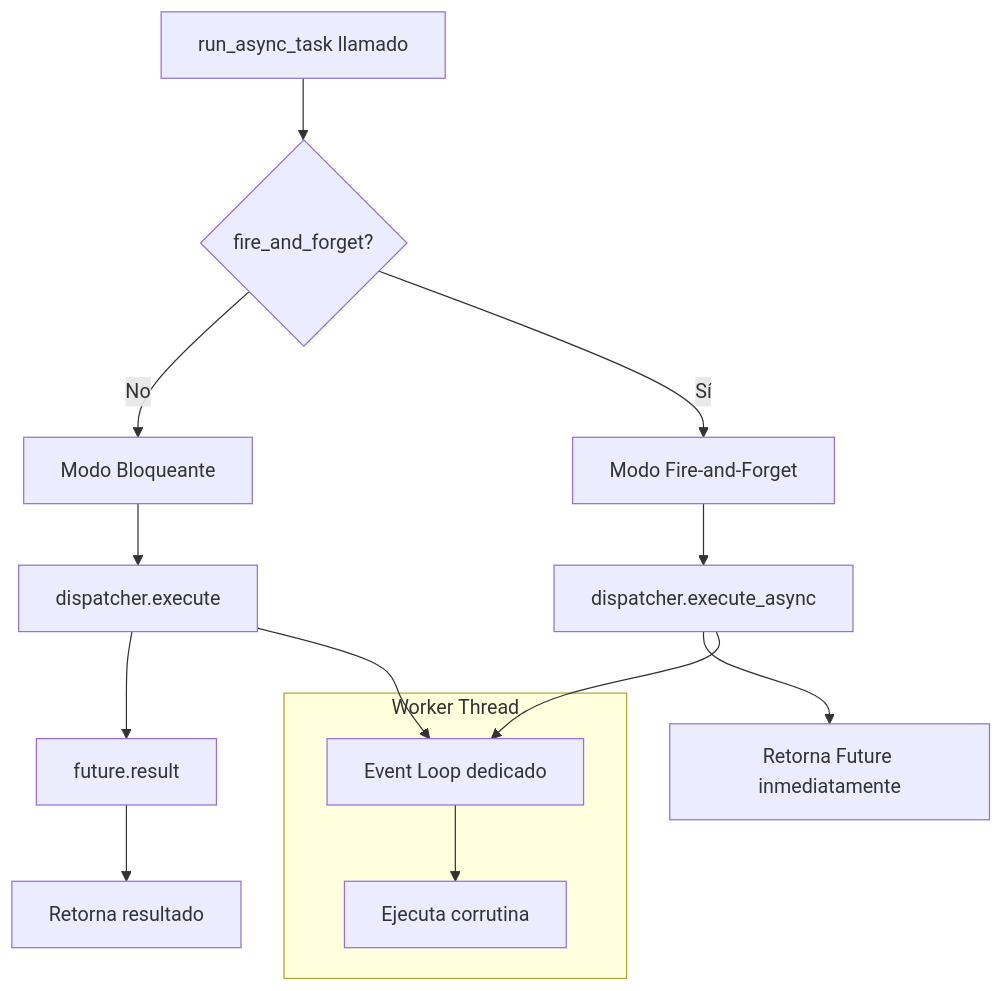
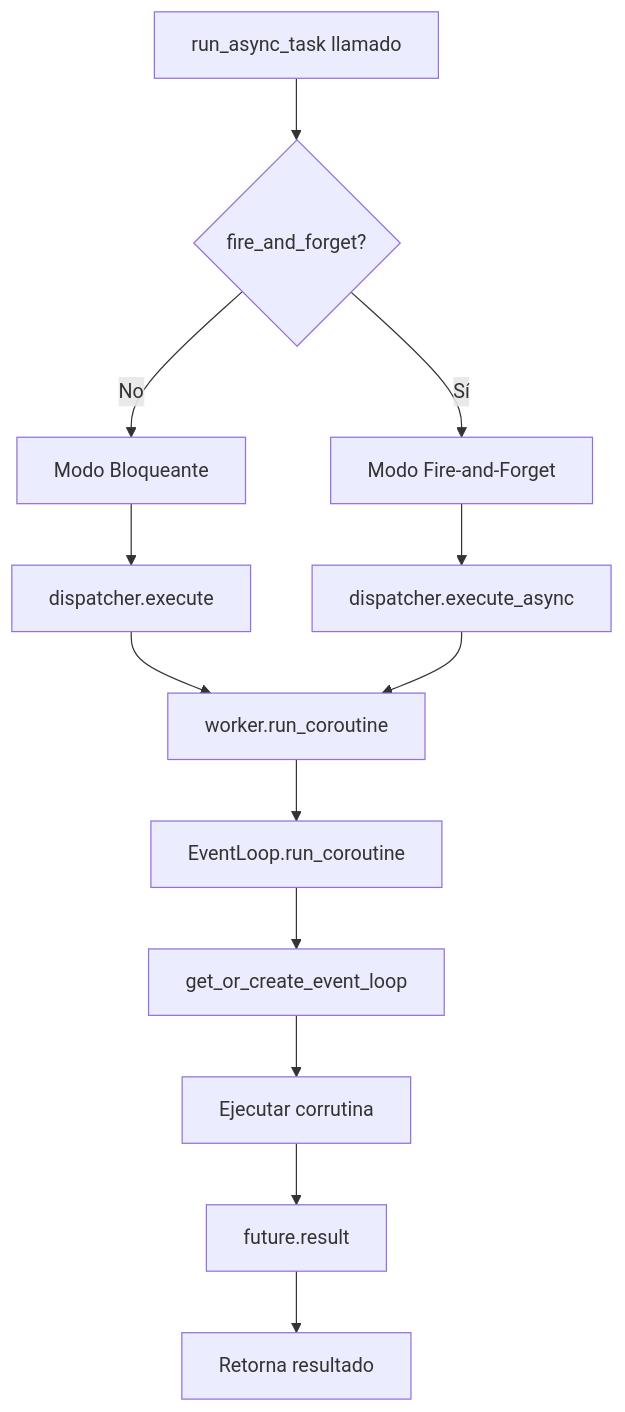
Before and after one commit to Sincpro-SRL/sincpro_async_worker: the second of 2 diagrams in ARCHITECTURE.md, drawn with Mermaid. The commit also changed other lines of this file and 15 other files, not shown here.

````diff
--- a/ARCHITECTURE.md
+++ b/ARCHITECTURE.md
@@ -119,22 +106,18 @@
 ```mermaid
 graph TD
     Start[run_async_task llamado] --> Check{fire_and_forget?}
     
     Check -->|No| Blocking[Modo Bloqueante]
     Blocking --> Execute[dispatcher.execute]
-    Execute --> Wait[future.result]
+    Execute --> WorkerCall[worker.run_coroutine]
+    WorkerCall --> EventLoopCheck[EventLoop.run_coroutine]
+    
+    EventLoopCheck --> LoopDetection[get_or_create_event_loop]
+    LoopDetection --> ExecuteTask[Ejecutar corrutina]
+    ExecuteTask --> Wait[future.result]
     Wait --> Return[Retorna resultado]
     
     Check -->|Sí| FireForget[Modo Fire-and-Forget]
     FireForget --> ExecuteAsync[dispatcher.execute_async]
-    ExecuteAsync --> ReturnFuture[Retorna Future inmediatamente]
-    
-    subgraph "Worker Thread"
-        WorkerLoop[Event Loop dedicado]
-        RunTask[Ejecuta corrutina]
-        WorkerLoop --> RunTask
-    end
-    
-    Execute --> WorkerLoop
-    ExecuteAsync --> WorkerLoop
+    ExecuteAsync --> WorkerCall
 ```
````
